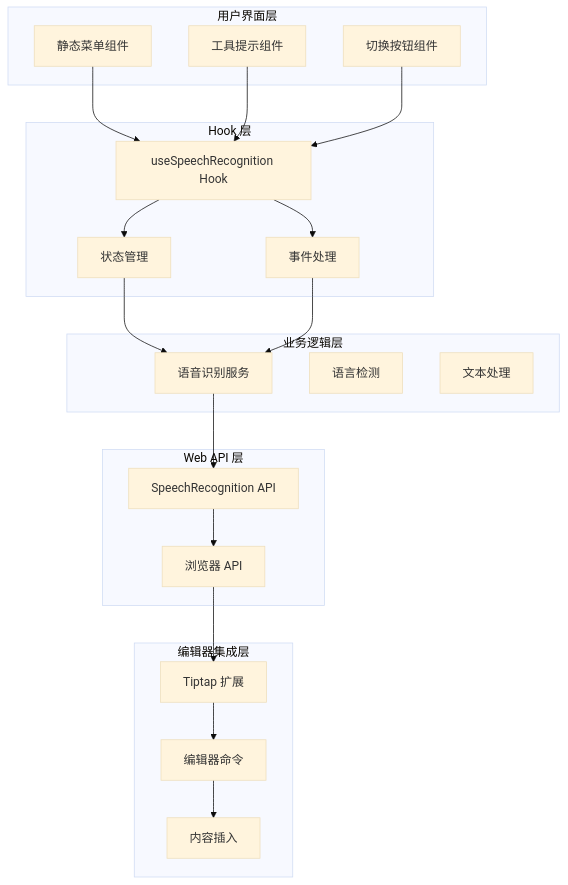
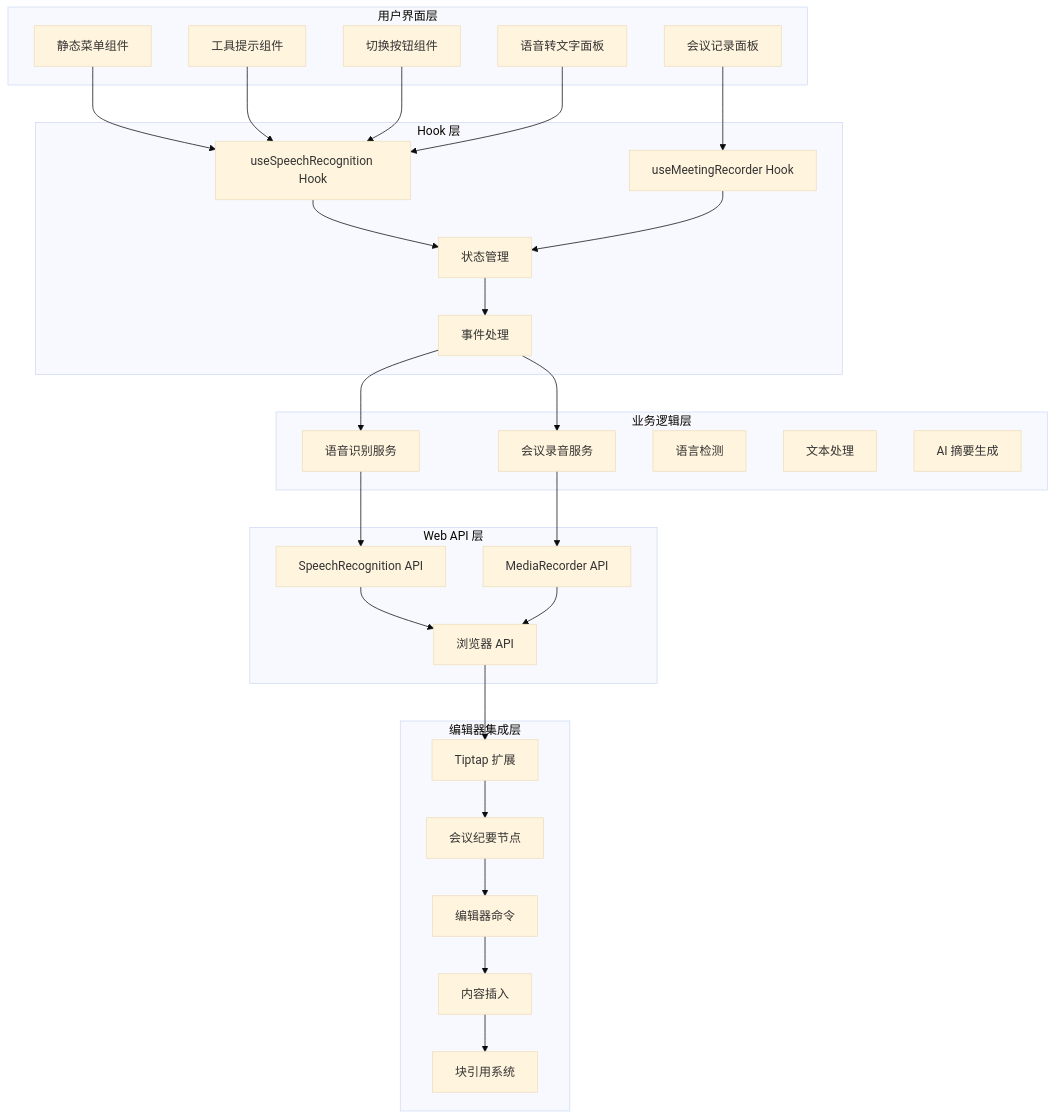
One commit to LRF0422/Kotion changed the fourth of 15 diagrams in .qoder/repowiki/zh/content/架构设计/插件系统架构/语音转文字插件.md. Above: the diagram before and after it, drawn with Mermaid (base theme). The commit also changed other lines of this file and 13 other files, not shown here.

````diff
--- a/.qoder/repowiki/zh/content/架构设计/插件系统架构/语音转文字插件.md
+++ b/.qoder/repowiki/zh/content/架构设计/插件系统架构/语音转文字插件.md
@@ -142,39 +170,54 @@
 ```mermaid
 graph TB
 subgraph "用户界面层"
 A[静态菜单组件]
 B[工具提示组件]
 C[切换按钮组件]
+D[会议记录面板]
+E[语音转文字面板]
 end
 subgraph "Hook 层"
-D[useSpeechRecognition Hook]
-E[状态管理]
-F[事件处理]
+F[useSpeechRecognition Hook]
+G[useMeetingRecorder Hook]
+H[状态管理]
+I[事件处理]
 end
 subgraph "业务逻辑层"
-G[语音识别服务]
-H[语言检测]
-I[文本处理]
+J[语音识别服务]
+K[会议录音服务]
+L[语言检测]
+M[文本处理]
+N[AI 摘要生成]
 end
 subgraph "Web API 层"
-J[SpeechRecognition API]
-K[浏览器 API]
+O[SpeechRecognition API]
+P[MediaRecorder API]
+Q[浏览器 API]
 end
 subgraph "编辑器集成层"
-L[Tiptap 扩展]
-M[编辑器命令]
-N[内容插入]
+R[Tiptap 扩展]
+S[会议纪要节点]
+T[编辑器命令]
+U[内容插入]
+V[块引用系统]
 end
-A --> D
-B --> D
-C --> D
-D --> E
-D --> F
-E --> G
-F --> G
-G --> J
-J --> K
-K --> L
-L --> M
-M --> N
+A --> F
+B --> F
+C --> F
+D --> G
+E --> F
+F --> H
+G --> H
+H --> I
+I --> J
+I --> K
+J --> O
+K --> P
+O --> Q
+P --> Q
+Q --> R
+R --> S
+S --> T
+T --> U
+U --> V
 ```
````
